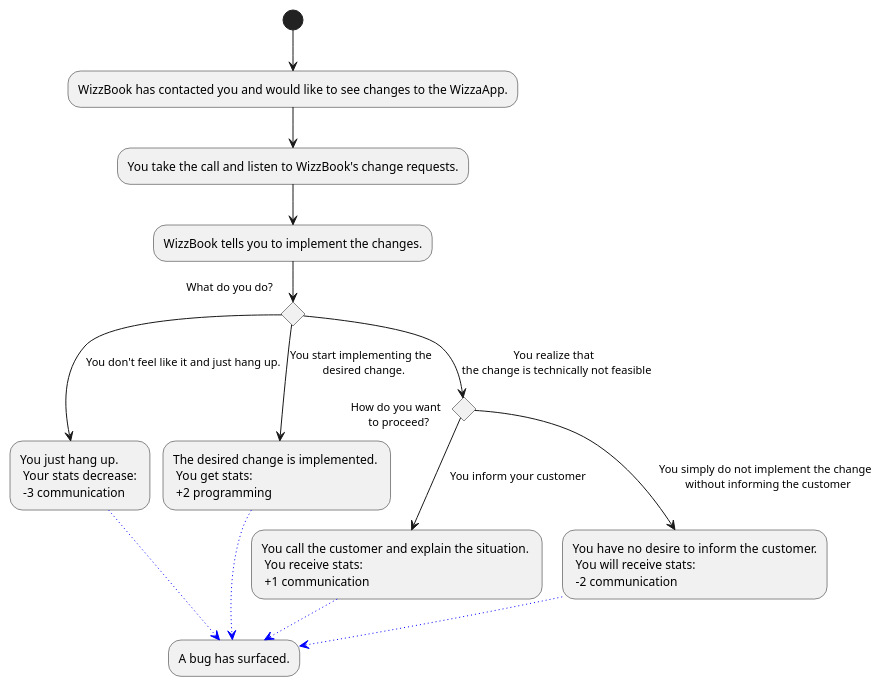
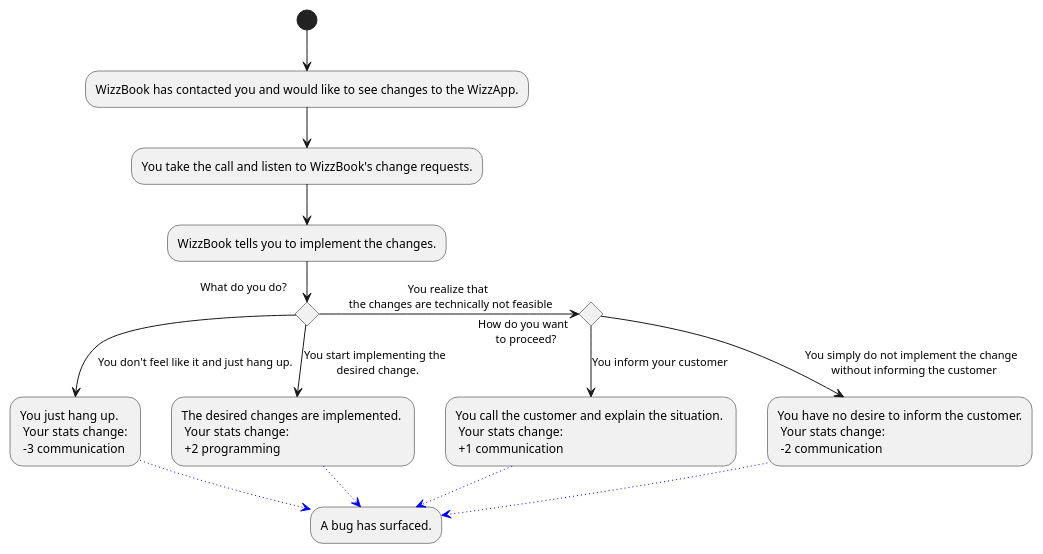
One commit to Brotenko/QualityQuest changed the diagram in Docs/Technical Specifications/docs/diagrams/StoryFlow/StoryFlow_Decision_10.puml. Above: the diagram before and after it, drawn with PlantUML. The commit also changed 27 other files, not shown here.

Commit message:
made requested changes to StoryFlowDecision diagrams and updated the SVGs

```diff
--- a/Docs/Technical Specifications/docs/diagrams/StoryFlow/StoryFlow_Decision_10.puml
+++ b/Docs/Technical Specifications/docs/diagrams/StoryFlow/StoryFlow_Decision_10.puml
@@ -1,20 +1,20 @@
 @startuml
 'Note: the project is not final, just a filler at the moment
-(*) --> "WizzBook has contacted you and would like to see changes to the WizzaApp."
+(*) --> "WizzBook has contacted you and would like to see changes to the WizzApp."
 --> "You take the call and listen to WizzBook's change requests."
 --> "WizzBook tells you to implement the changes."
 if " What do you do?" then 
---> [You don't feel like it and just hang up.] "You just hang up.\n Your stats decrease: \n -3 communication" as a1
+--> [You don't feel like it and just hang up.] "You just hang up.\n Your stats change: \n -3 communication" as a1
 else 
---> [You start implementing the \n desired change.] "The desired change is implemented. \n You get stats: \n +2 programming" as a2
+--> [You start implementing the \n desired change.] "The desired changes are implemented. \n Your stats change: \n +2 programming" as a2
 else
 
---> [You realize that \n the change is technically not feasible] if "How do you want \n to proceed?" then 
---> [You inform your customer] "You call the customer and explain the situation. \n You receive stats: \n +1 communication" as b1
+-right-> [You realize that \n the changes are technically not feasible] if "How do you want \n to proceed?" then 
+--> [You inform your customer] "You call the customer and explain the situation. \n Your stats change: \n +1 communication" as b1
 else 
---> [You simply do not implement the change \n without informing the customer] "You have no desire to inform the customer.\n You will receive stats: \n -2 communication"
+--> [You simply do not implement the change \n without informing the customer] "You have no desire to inform the customer.\n Your stats change: \n -2 communication"
 -[#blue,dotted]-> "A bug has surfaced." as bug 
 a1 -[#blue,dotted]-> bug
 a2 -[#blue,dotted]-> bug
 b1 -[#blue,dotted]-> bug
 @enduml
```
